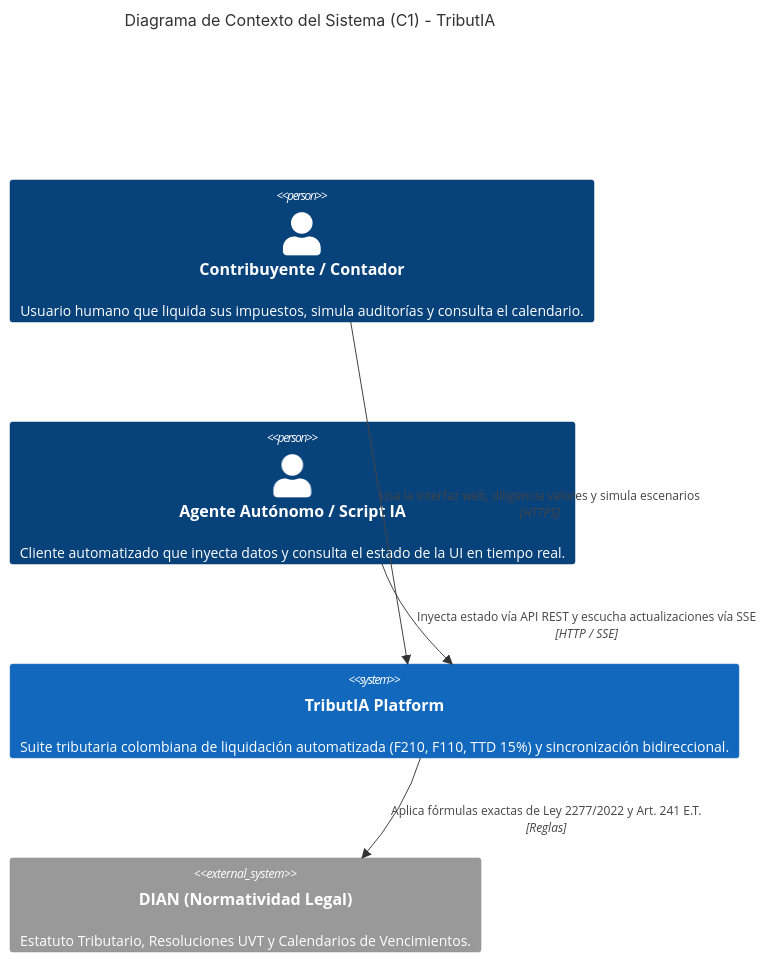
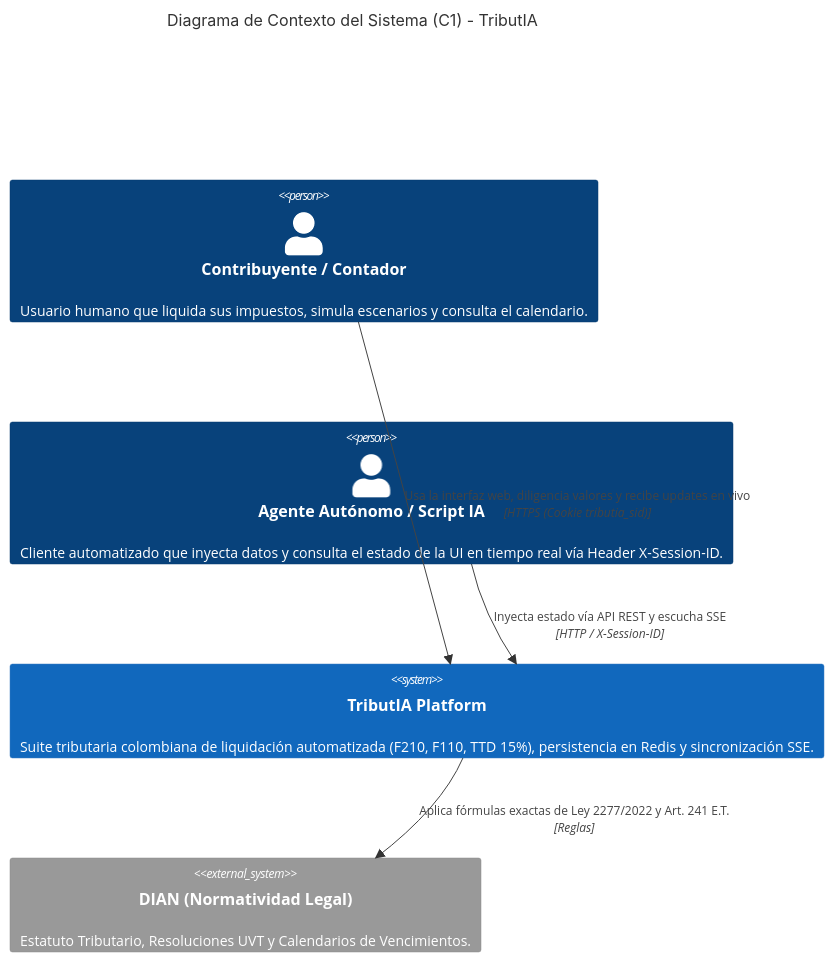
Before and after one commit to juansebashr/tribut-ia: the first of 3 diagrams in docs/reference/architecture/c4/architecture-c4.md, drawn with Mermaid. The commit also changed other lines of this file and 8 other files, not shown here.

Commit message:
docs: regenerate full project documentation, C4 diagrams, sequence diagrams, REST references, and ADR 0004 for Redis and Cloud Run architecture

````diff
--- a/docs/reference/architecture/c4/architecture-c4.md
+++ b/docs/reference/architecture/c4/architecture-c4.md
@@ -11,15 +11,15 @@
 ```mermaid
 C4Context
 title Diagrama de Contexto del Sistema (C1) - TributIA
 
-Person(user, "Contribuyente / Contador", "Usuario humano que liquida sus impuestos, simula auditorías y consulta el calendario.")
-Person(agent, "Agente Autónomo / Script IA", "Cliente automatizado que inyecta datos y consulta el estado de la UI en tiempo real.")
+Person(user, "Contribuyente / Contador", "Usuario humano que liquida sus impuestos, simula escenarios y consulta el calendario.")
+Person(agent, "Agente Autónomo / Script IA", "Cliente automatizado que inyecta datos y consulta el estado de la UI en tiempo real vía Header X-Session-ID.")
 
-System(tributia, "TributIA Platform", "Suite tributaria colombiana de liquidación automatizada (F210, F110, TTD 15%) y sincronización bidireccional.")
+System(tributia, "TributIA Platform", "Suite tributaria colombiana de liquidación automatizada (F210, F110, TTD 15%), persistencia en Redis y sincronización SSE.")
 
 System_Ext(dian, "DIAN (Normatividad Legal)", "Estatuto Tributario, Resoluciones UVT y Calendarios de Vencimientos.")
 
-Rel(user, tributia, "Usa la interfaz web, diligencia valores y simula escenarios", "HTTPS")
-Rel(agent, tributia, "Inyecta estado vía API REST y escucha actualizaciones vía SSE", "HTTP / SSE")
+Rel(user, tributia, "Usa la interfaz web, diligencia valores y recibe updates en vivo", "HTTPS (Cookie tributia_sid)")
+Rel(agent, tributia, "Inyecta estado vía API REST y escucha SSE", "HTTP / X-Session-ID")
 Rel(tributia, dian, "Aplica fórmulas exactas de Ley 2277/2022 y Art. 241 E.T.", "Reglas")
 ```
````
